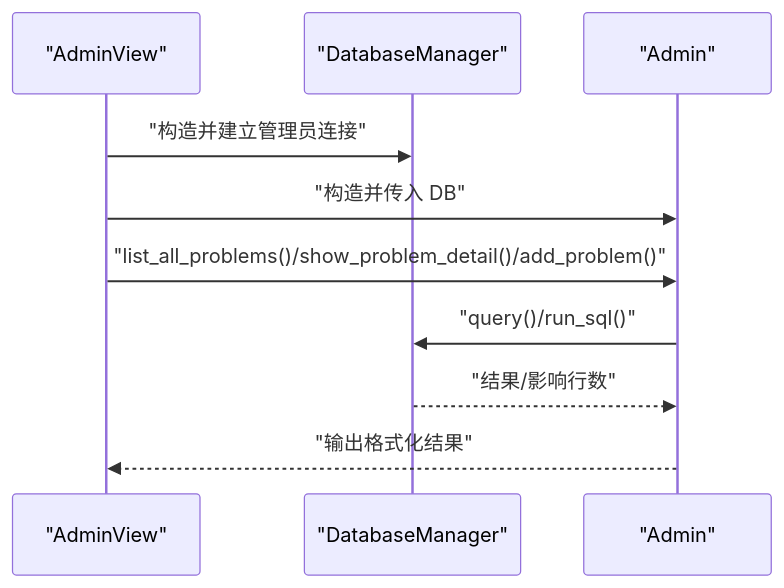
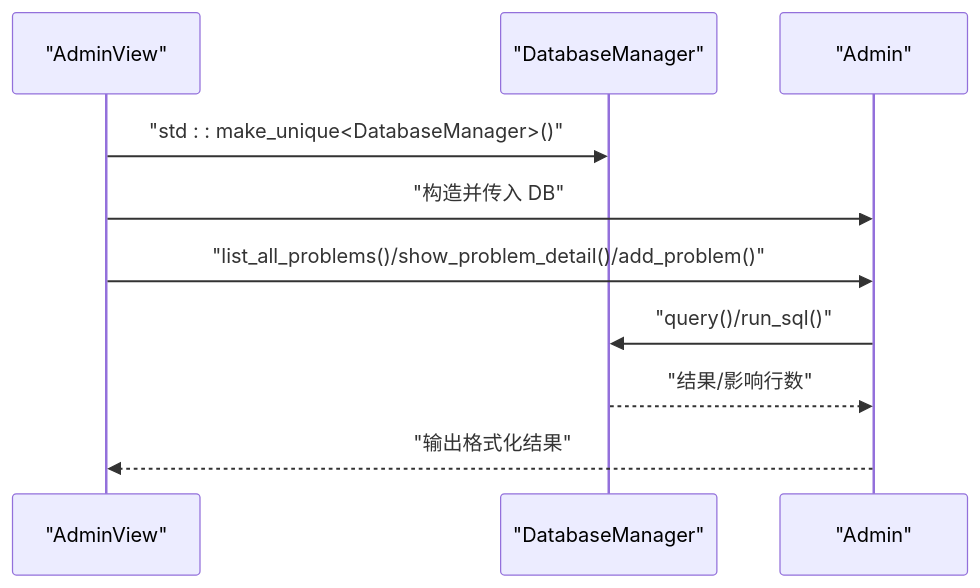
The fifth of 7 diagrams in .qoder/repowiki/zh/content/系统架构设计/系统架构设计.md (jinpeng900/OJ-Test), drawn with Mermaid before and after one commit. The commit also changed other lines of this file and 44 other files, not shown here.

````diff
--- a/.qoder/repowiki/zh/content/系统架构设计/系统架构设计.md
+++ b/.qoder/repowiki/zh/content/系统架构设计/系统架构设计.md
@@ -208,12 +228,12 @@
 ```mermaid
 sequenceDiagram
 participant AV as "AdminView"
 participant DB as "DatabaseManager"
 participant ADM as "Admin"
-AV->>DB : "构造并建立管理员连接"
+AV->>DB : "std : : make_unique<DatabaseManager>()"
 AV->>ADM : "构造并传入 DB"
 AV->>ADM : "list_all_problems()/show_problem_detail()/add_problem()"
 ADM->>DB : "query()/run_sql()"
 DB-->>ADM : "结果/影响行数"
 ADM-->>AV : "输出格式化结果"
 ```
````
